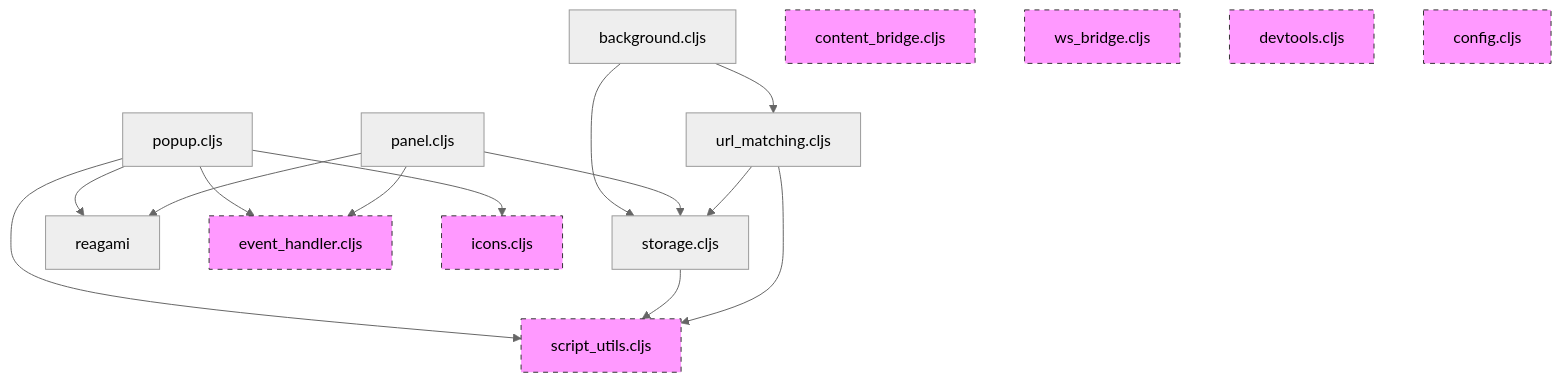
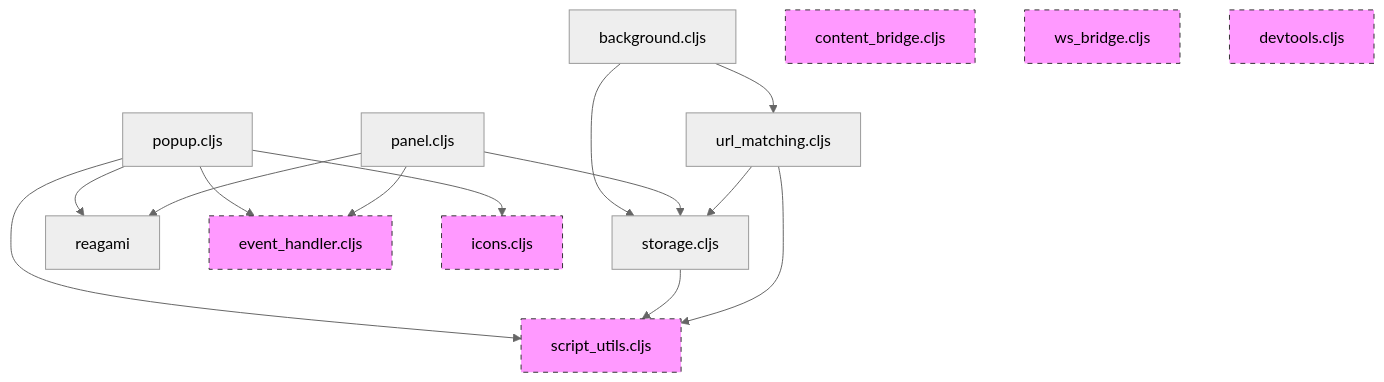
The second of 3 diagrams in dev/docs/architecture.md (PEZ/epupp), drawn with Mermaid (neutral theme) before and after one commit. The commit also changed other lines of this file and 2 other files, not shown here.

First line of the commit message:
Remove dead config.cljs, document build-time config strategy

````diff
--- a/dev/docs/architecture.md
+++ b/dev/docs/architecture.md
@@ -299,28 +298,27 @@
 ```mermaid
 graph TD
     background.cljs --> storage.cljs
     background.cljs --> url_matching.cljs
 
     popup.cljs --> reagami
     popup.cljs --> event_handler.cljs
     popup.cljs --> icons.cljs
     popup.cljs --> script_utils.cljs
 
     panel.cljs --> reagami
     panel.cljs --> event_handler.cljs
     panel.cljs --> storage.cljs
 
     storage.cljs --> script_utils.cljs
     url_matching.cljs --> storage.cljs
     url_matching.cljs --> script_utils.cljs
 
     content_bridge.cljs:::standalone
     ws_bridge.cljs:::standalone
     devtools.cljs:::standalone
     script_utils.cljs:::standalone
     event_handler.cljs:::standalone
     icons.cljs:::standalone
-    config.cljs:::standalone
 
     classDef standalone fill:#f9f,stroke:#333,stroke-dasharray: 5 5
 ```
````
